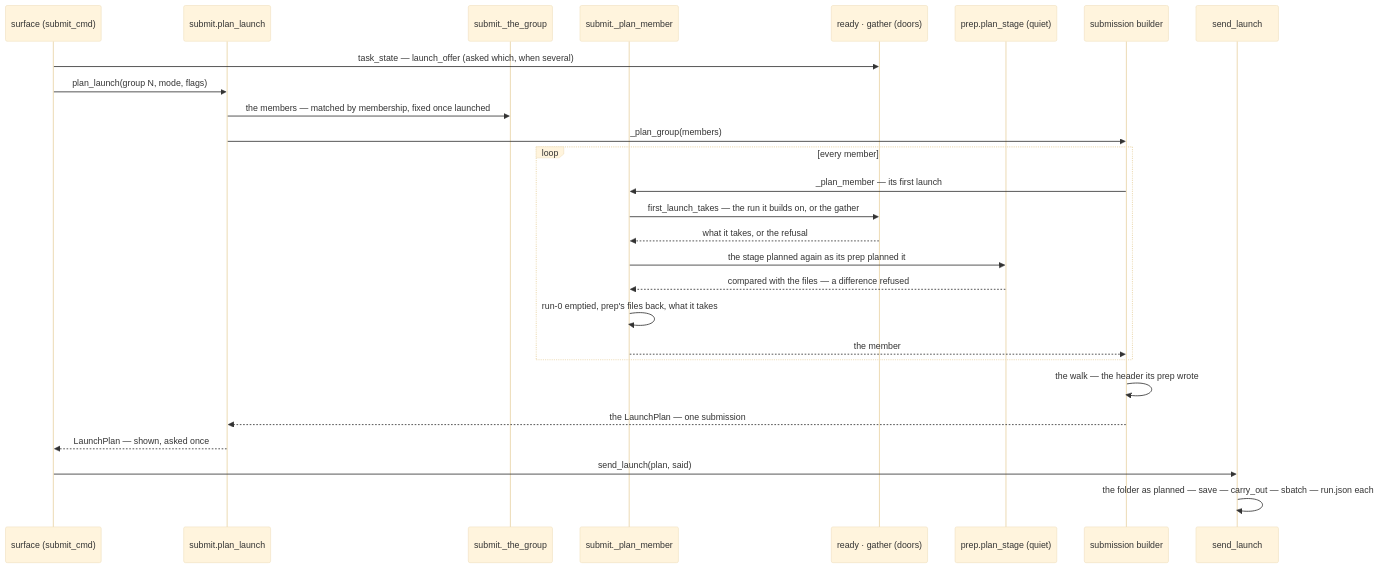
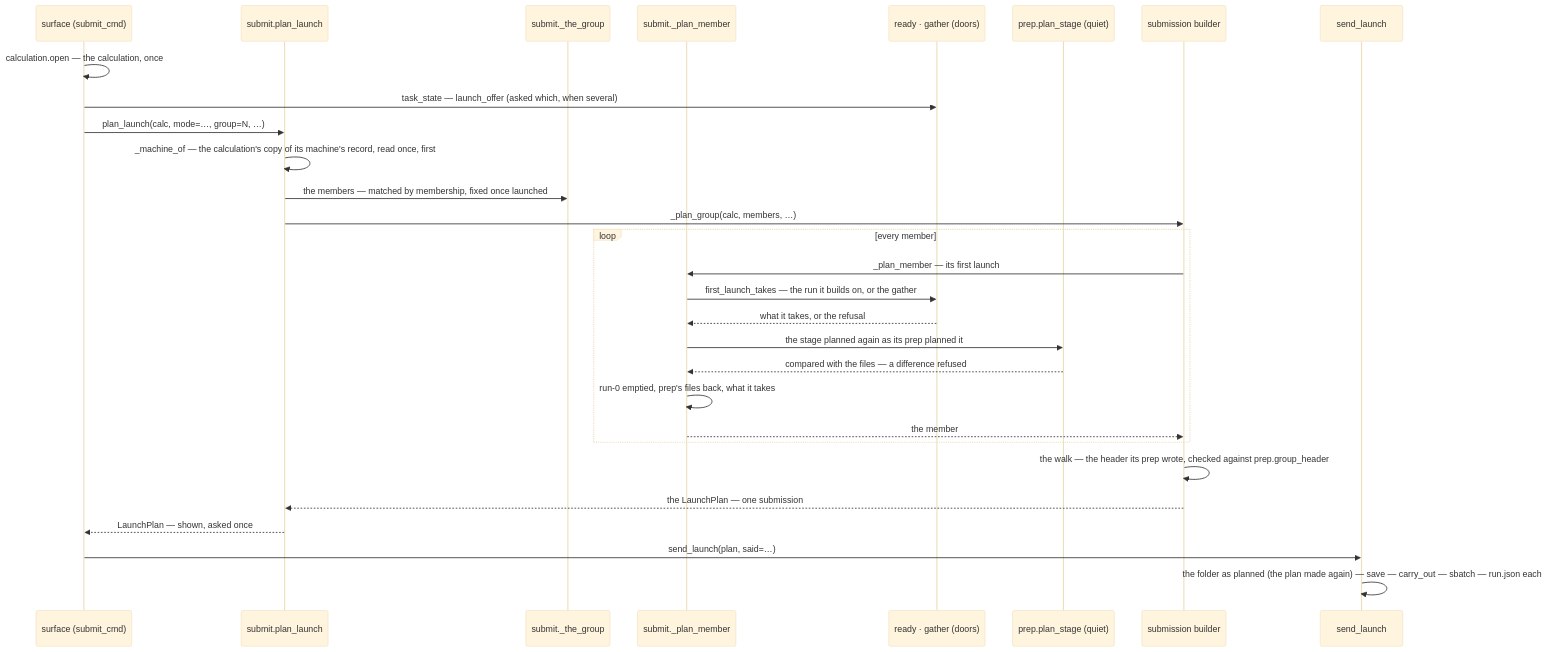
One commit to Qing-LAB/molbuilder changed diagram 19 of 19 in docs/execution/job-system.md. Above: the diagram before and after it, drawn with Mermaid (base theme). The commit also changed other lines of this file and 54 other files, not shown here.

````diff
--- a/docs/execution/job-system.md
+++ b/docs/execution/job-system.md
@@ -3058,29 +3063,31 @@
 ```mermaid
 sequenceDiagram
     participant S as surface (submit_cmd)
     participant E as submit.plan_launch
     participant W as submit._the_group
     participant M as submit._plan_member
     participant R as ready · gather (doors)
     participant P as prep.plan_stage (quiet)
     participant B as submission builder
     participant X as send_launch
+    S->>S: calculation.open — the calculation, once
     S->>R: task_state — launch_offer (asked which, when several)
-    S->>E: plan_launch(group N, mode, flags)
+    S->>E: plan_launch(calc, mode=…, group=N, …)
+    E->>E: _machine_of — the calculation's copy of its machine's record, read once, first
     E->>W: the members — matched by membership, fixed once launched
-    E->>B: _plan_group(members)
+    E->>B: _plan_group(calc, members, …)
     loop every member
         B->>M: _plan_member — its first launch
         M->>R: first_launch_takes — the run it builds on, or the gather
         R-->>M: what it takes, or the refusal
         M->>P: the stage planned again as its prep planned it
         P-->>M: compared with the files — a difference refused
         M->>M: run-0 emptied, prep's files back, what it takes
         M-->>B: the member
     end
-    B->>B: the walk — the header its prep wrote
+    B->>B: the walk — the header its prep wrote, checked against prep.group_header
     B-->>E: the LaunchPlan — one submission
     E-->>S: LaunchPlan — shown, asked once
-    S->>X: send_launch(plan, said)
-    X->>X: the folder as planned — save — carry_out — sbatch — run.json each
+    S->>X: send_launch(plan, said=…)
+    X->>X: the folder as planned (the plan made again) — save — carry_out — sbatch — run.json each
 ```
````
